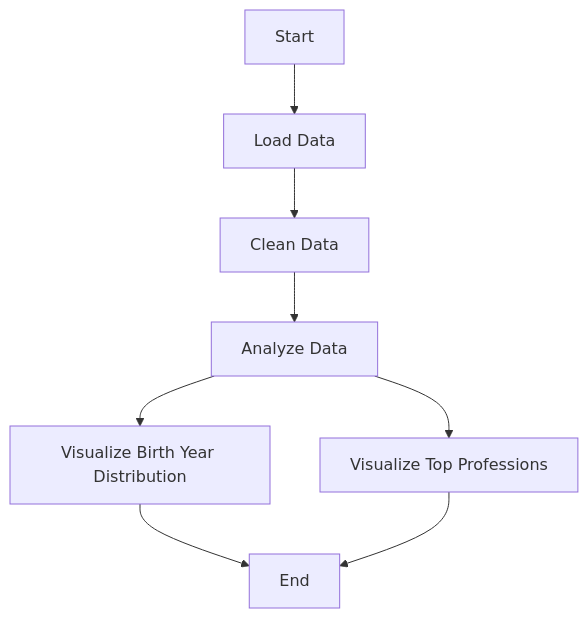
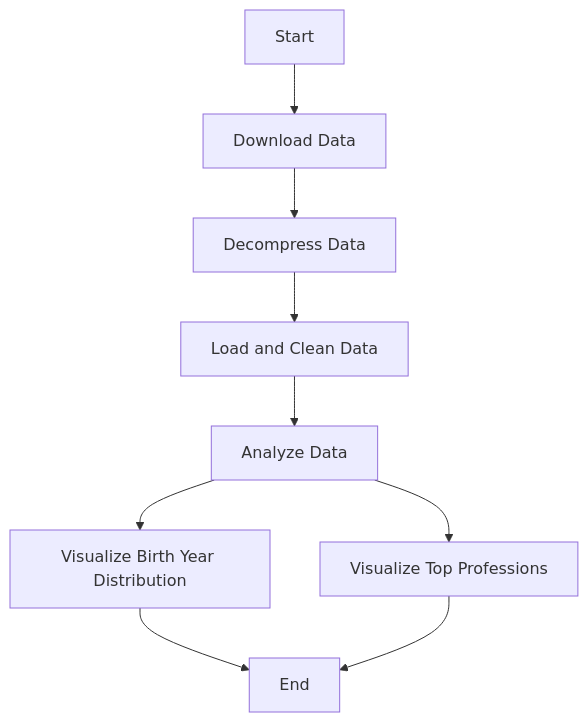
One commit to dcl4k/imdb_public.py changed the diagram in README.md. Above: the diagram before and after it, drawn with Mermaid. The commit also changed other lines of this file, not shown here.

````diff
--- a/README.md
+++ b/README.md
@@ -40,10 +41,11 @@
 ```mermaid
 flowchart TD;
-    A[Start] --> B[Load Data];
-    B --> C[Clean Data];
-    C --> D[Analyze Data];
-    D --> E[Visualize Birth Year Distribution];
-    D --> F[Visualize Top Professions];
-    E --> G[End];
-    F --> G;
+    A[Start] --> B[Download Data];
+    B --> C[Decompress Data];
+    C --> D[Load and Clean Data];
+    D --> E[Analyze Data];
+    E --> F[Visualize Birth Year Distribution];
+    E --> G[Visualize Top Professions];
+    F --> H[End];
+    G --> H;
 ```
````
